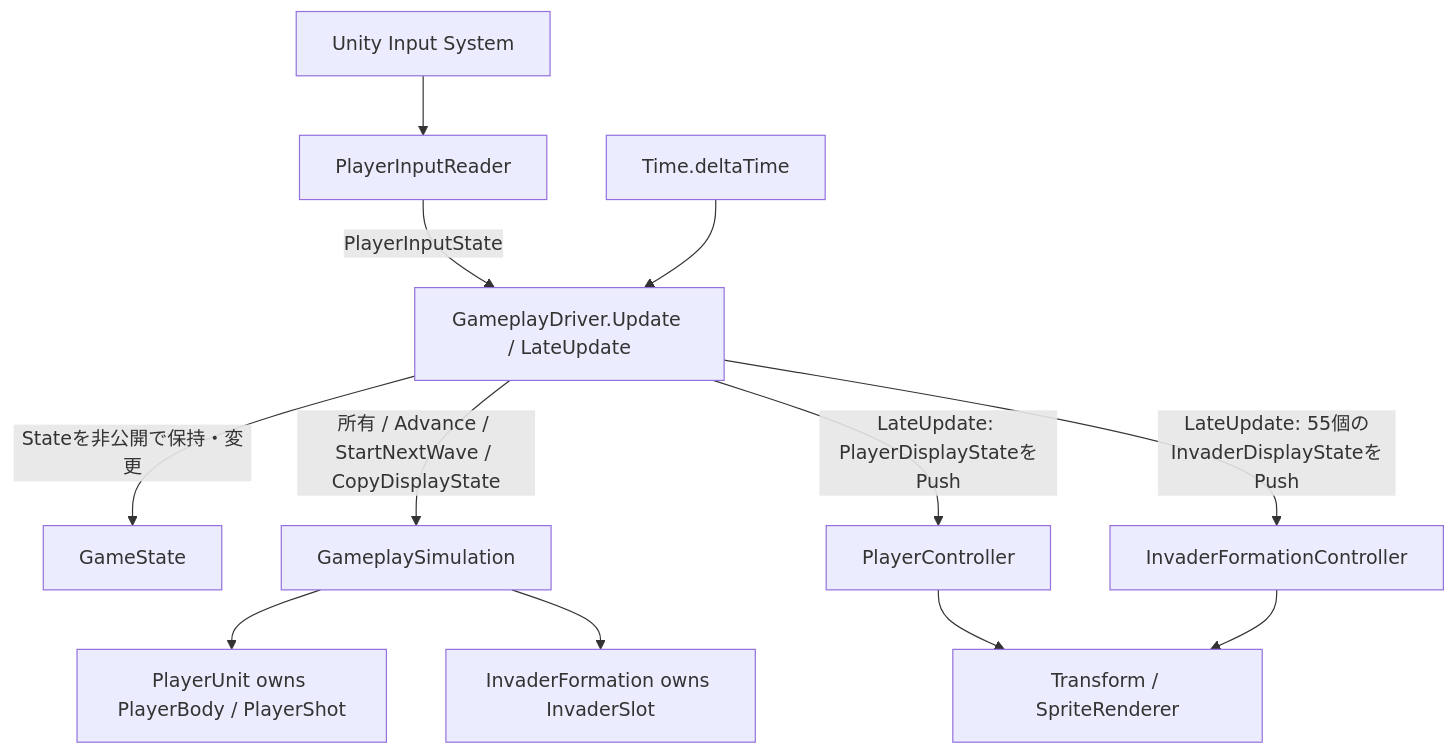
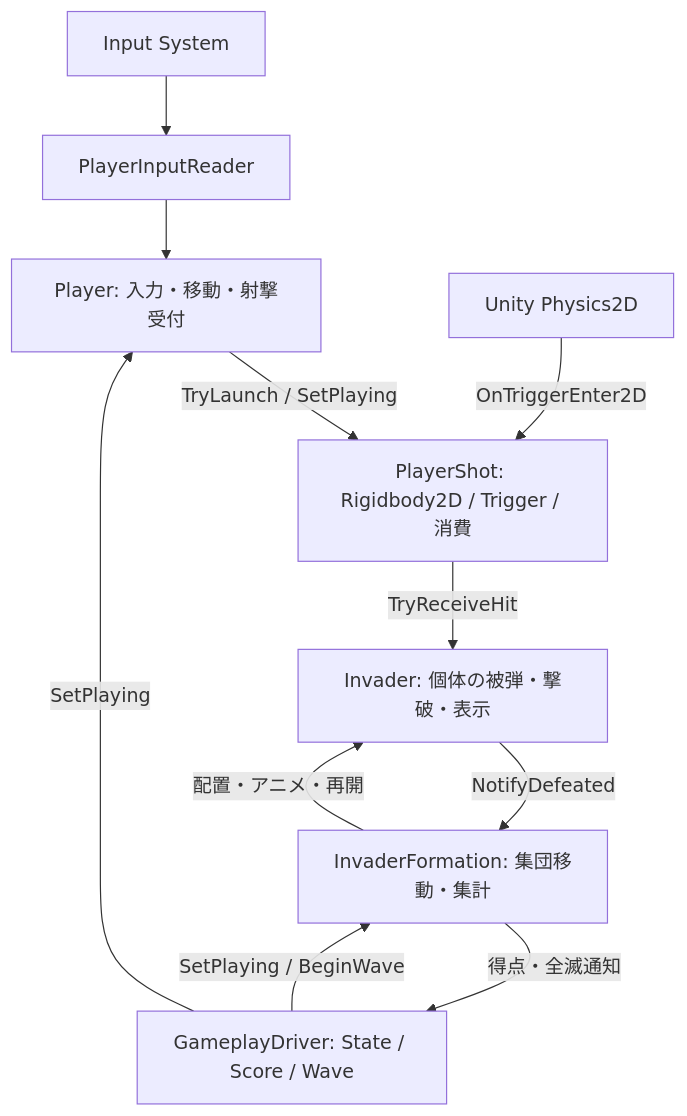
One commit to urahimono/Unity_Invader changed the diagram in docs/ARCHITECTURE.md. Above: the diagram before and after it, drawn with Mermaid. The commit also changed other lines of this file and 68 other files, not shown here.

````diff
--- a/docs/ARCHITECTURE.md
+++ b/docs/ARCHITECTURE.md
@@ -41,14 +21,13 @@
 ```mermaid
 flowchart TD
-    Input[Unity Input System] --> Reader[PlayerInputReader]
-    Reader -->|PlayerInputState| Driver[GameplayDriver.Update / LateUpdate]
-    Time[Time.deltaTime] --> Driver
-    Driver -->|Stateを非公開で保持・変更| State[GameState]
-    Driver -->|所有 / Advance / StartNextWave / CopyDisplayState| Sim[GameplaySimulation]
-    Sim --> Unit[PlayerUnit owns PlayerBody / PlayerShot]
-    Sim --> Formation[InvaderFormation owns InvaderSlot]
-    Driver -->|LateUpdate: PlayerDisplayStateをPush| PlayerView[PlayerController]
-    Driver -->|LateUpdate: 55個のInvaderDisplayStateをPush| FormationView[InvaderFormationController]
-    PlayerView --> Output[Transform / SpriteRenderer]
-    FormationView --> Output
+    Input[Input System] --> Reader[PlayerInputReader]
+    Reader --> Player[Player: 入力・移動・射撃受付]
+    Driver[GameplayDriver: State / Score / Wave] -->|SetPlaying| Player
+    Driver -->|SetPlaying / BeginWave| Formation[InvaderFormation: 集団移動・集計]
+    Player -->|TryLaunch / SetPlaying| Shot[PlayerShot: Rigidbody2D / Trigger / 消費]
+    Physics[Unity Physics2D] -->|OnTriggerEnter2D| Shot
+    Shot -->|TryReceiveHit| Invader[Invader: 個体の被弾・撃破・表示]
+    Invader -->|NotifyDefeated| Formation
+    Formation -->|得点・全滅通知| Driver
+    Formation -->|配置・アニメ・再開| Invader
 ```
````
